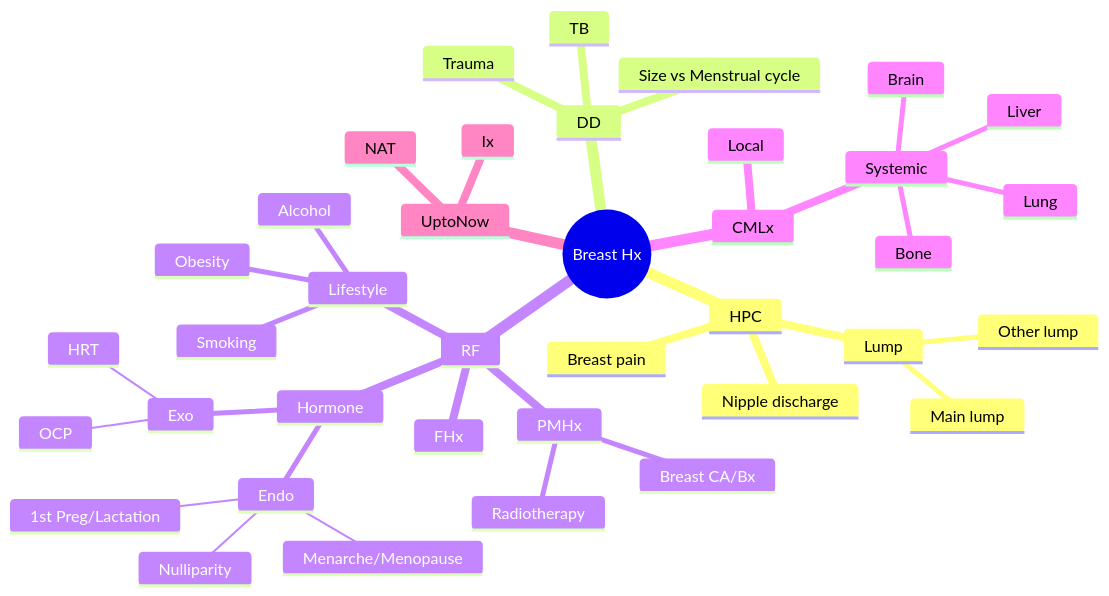
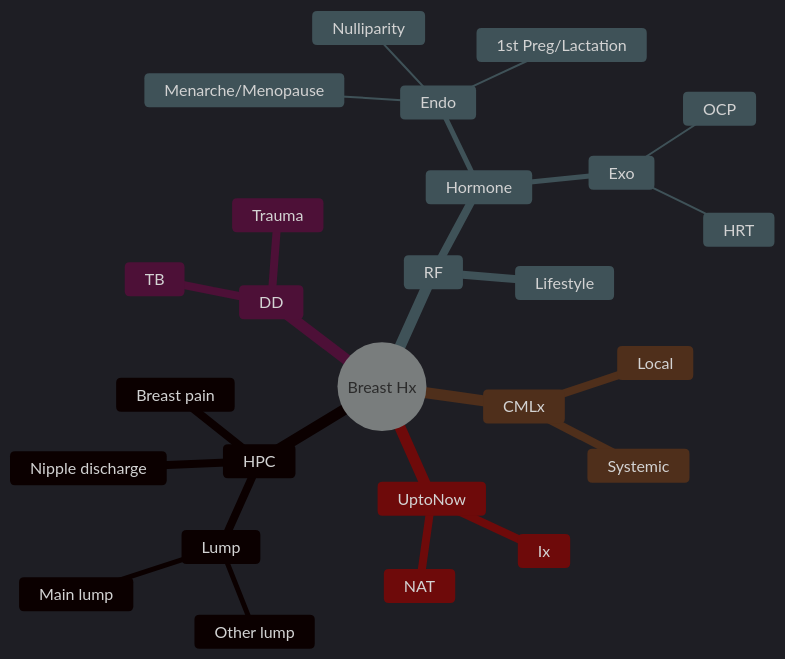
One commit to afdhaal/Surgaid.github.io changed the first of 2 diagrams in content/docs/surgery/Longcase/BreastEndo/BreastCA/index.md. Above: the diagram before and after it, drawn with Mermaid. The commit also changed 3 other files, not shown here.

Commit message:
Breast CA Hx Ex Mermaid fixed

````diff
--- a/content/docs/surgery/Longcase/BreastEndo/BreastCA/index.md
+++ b/content/docs/surgery/Longcase/BreastEndo/BreastCA/index.md
@@ -23,41 +23,30 @@
 ```mermaid
+%%{init: {'theme': 'dark'}}%%
 mindmap
 	root((Breast Hx))
 		HPC
 			Lump
 				Main lump
 				Other lump
 			Nipple discharge
 			Breast pain
 		DD
 			TB
 			Trauma
-			Size vs Menstrual cycle
 		RF
-			FHx
-			PMHx
-				Radiotherapy
-				Breast CA/Bx
 			Hormone
 				Endo
 					Menarche/Menopause
 					1st Preg/Lactation
 					Nulliparity
 				Exo
 					OCP
 					HRT
 			Lifestyle
-				Smoking
-				Alcohol
-				Obesity
 		CMLx
 			Local
 			Systemic
-				Lung
-				Liver
-				Brain
-				Bone
 		UptoNow
 			Ix
 			NAT
-```
+``` 
````
